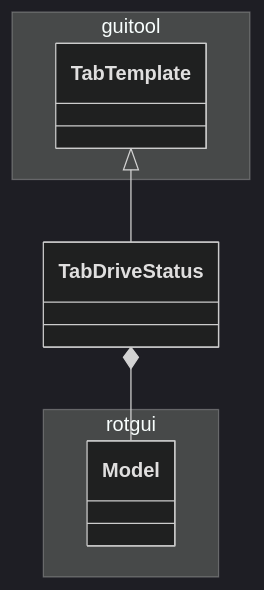
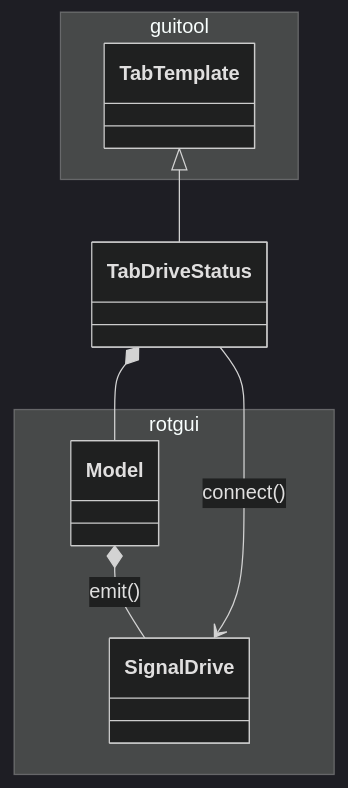
Before and after one commit to lsst-ts/ts_rotgui: the diagram in doc/uml/tab/class_tab_drive_status.mmd, drawn with Mermaid (dark theme). The commit also changed 6 other files, not shown here.

```diff
--- a/doc/uml/tab/class_tab_drive_status.mmd
+++ b/doc/uml/tab/class_tab_drive_status.mmd
@@ -1,13 +1,17 @@
 classDiagram
 
 namespace guitool {
   class TabTemplate
 }
 
 namespace rotgui {
   class Model
+  class SignalDrive
 }
+
+Model *-- SignalDrive : emit()
 
 TabTemplate <|-- TabDriveStatus
 
 TabDriveStatus *-- Model
+TabDriveStatus --> SignalDrive : connect()
```
